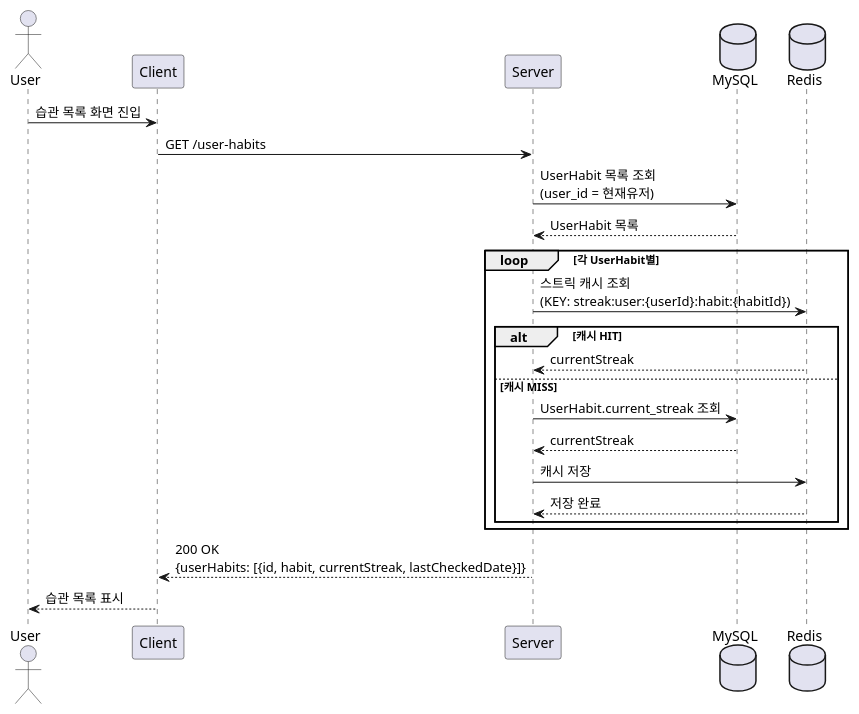
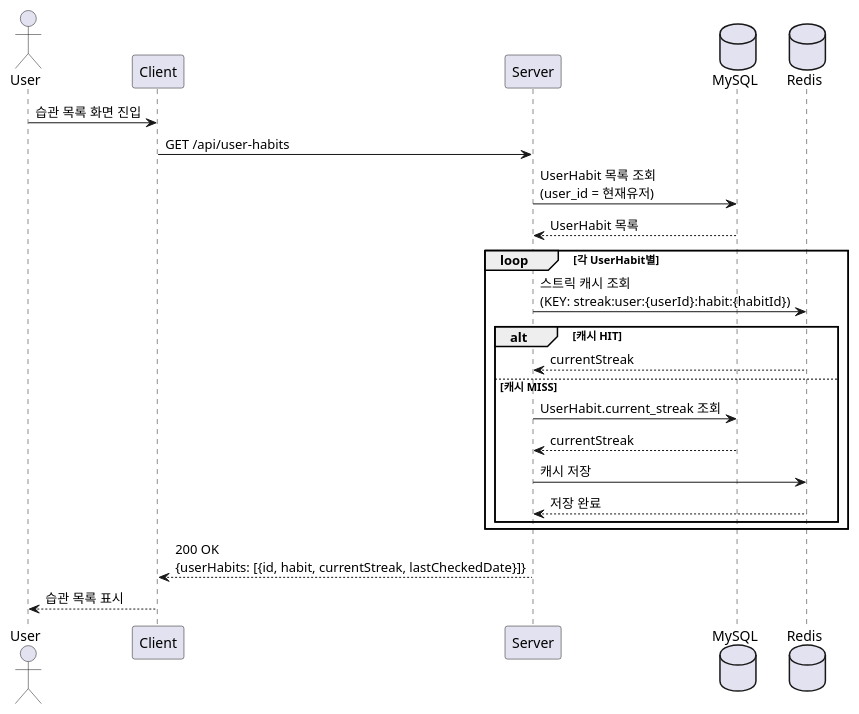
Before and after one commit to daily-one-page/daily-one-page-backend: diagram 11 of 29 in docs/sequence-diagram.md, drawn with PlantUML. The commit also changed other lines of this file and 38 other files, not shown here.

First line of the commit message:
docs: Sync API spec, ERD, Sequence Diagram and add Postman Collection

````diff
--- a/docs/sequence-diagram.md
+++ b/docs/sequence-diagram.md
@@ -335,31 +335,31 @@
 ```plantuml
 @startuml 내 습관 목록 조회
 actor User
 participant Client
 participant Server
 database MySQL
 database Redis
 
 User -> Client: 습관 목록 화면 진입
-Client -> Server: GET /user-habits
+Client -> Server: GET /api/user-habits
 Server -> MySQL: UserHabit 목록 조회\n(user_id = 현재유저)
 MySQL --> Server: UserHabit 목록
 
 loop 각 UserHabit별
     Server -> Redis: 스트릭 캐시 조회\n(KEY: streak:user:{userId}:habit:{habitId})
     
     alt 캐시 HIT
         Redis --> Server: currentStreak
     else 캐시 MISS
         Server -> MySQL: UserHabit.current_streak 조회
         MySQL --> Server: currentStreak
         Server -> Redis: 캐시 저장
         Redis --> Server: 저장 완료
     end
 end
 
 Server --> Client: 200 OK\n{userHabits: [{id, habit, currentStreak, lastCheckedDate}]}
 Client --> User: 습관 목록 표시
 
 @enduml
 ```
````
